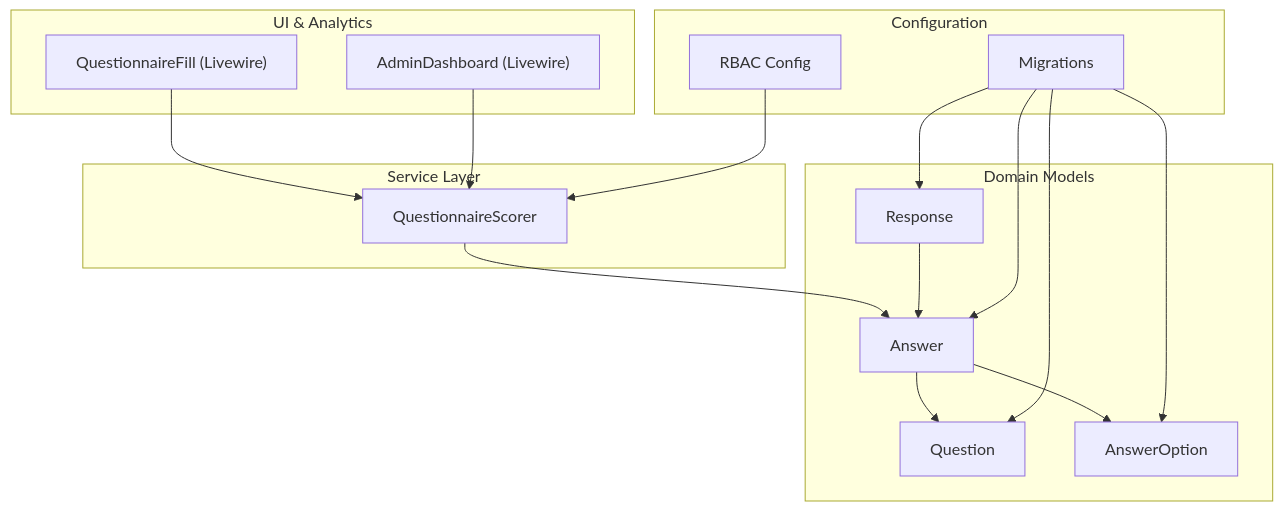
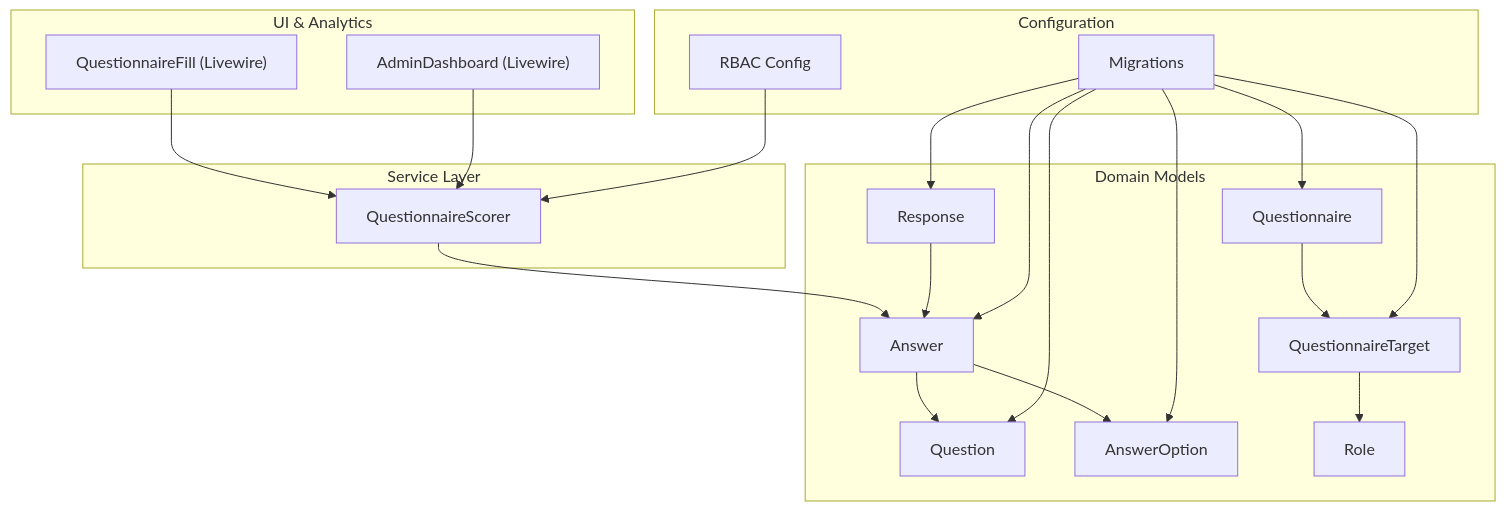
Before and after one commit to rudicatsmile/assesment360: the first of 5 diagrams in .qoder/repowiki/en/content/Services & Utilities/Assessment Scoring Services.md, drawn with Mermaid. The commit also changed other lines of this file and 6 other files, not shown here.

````diff
--- a/.qoder/repowiki/en/content/Services & Utilities/Assessment Scoring Services.md
+++ b/.qoder/repowiki/en/content/Services & Utilities/Assessment Scoring Services.md
@@ -39,31 +51,38 @@
 ```mermaid
 graph TB
 subgraph "Domain Models"
 Q["Question"]
 AO["AnswerOption"]
 A["Answer"]
 R["Response"]
+QN["Questionnaire"]
+QT["QuestionnaireTarget"]
+RL["Role"]
 end
 subgraph "Service Layer"
 S["QuestionnaireScorer"]
 end
 subgraph "UI & Analytics"
 WF["QuestionnaireFill (Livewire)"]
 AD["AdminDashboard (Livewire)"]
 end
 subgraph "Configuration"
 CFG["RBAC Config"]
 MIG["Migrations"]
 end
 WF --> S
 S --> A
 A --> Q
 A --> AO
 R --> A
+QN --> QT
+QT --> RL
 AD --> S
 CFG --> S
 MIG --> Q
 MIG --> AO
 MIG --> A
 MIG --> R
+MIG --> QN
+MIG --> QT
 ```
````
